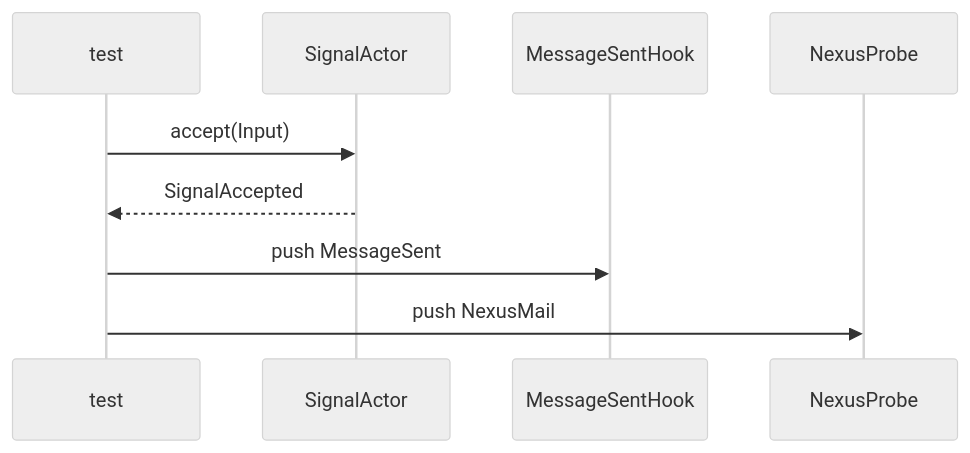
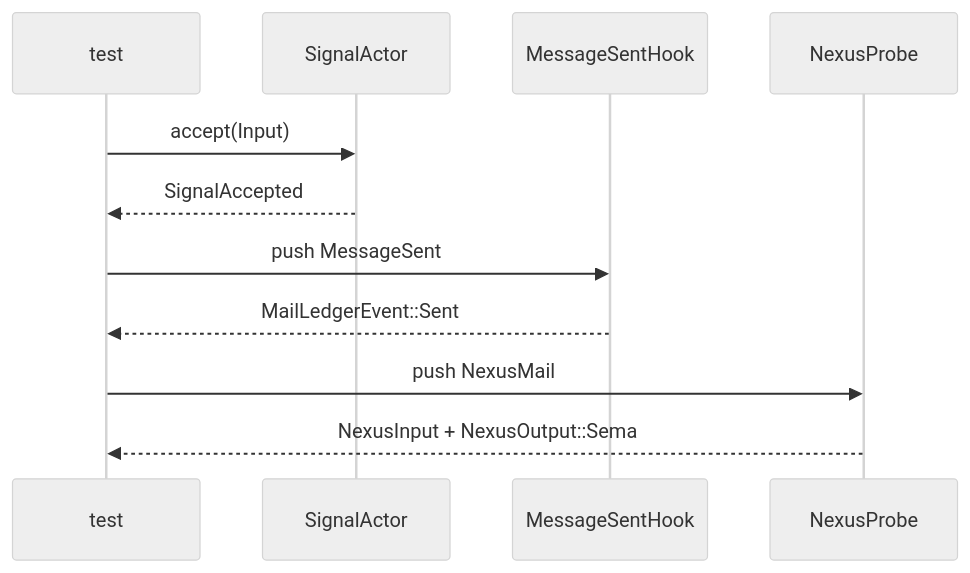
One commit to LiGoldragon/primary changed the first of 3 diagrams in reports/operator/220-pattern-a-signal-nexus-test-walkthrough-2026-05-27.md. Above: the diagram before and after it, drawn with Mermaid (neutral theme). The commit also changed other lines of this file and 2 other files, not shown here.

Commit message:
intent: require schema object test witnesses

````diff
--- a/reports/operator/220-pattern-a-signal-nexus-test-walkthrough-2026-05-27.md
+++ b/reports/operator/220-pattern-a-signal-nexus-test-walkthrough-2026-05-27.md
@@ -26,12 +29,14 @@
 ```mermaid
 sequenceDiagram
     participant T as test
     participant S as SignalActor
     participant H as MessageSentHook
     participant N as NexusProbe
 
     T->>S: accept(Input)
     S-->>T: SignalAccepted
     T->>H: push MessageSent
+    H-->>T: MailLedgerEvent::Sent
     T->>N: push NexusMail
+    N-->>T: NexusInput + NexusOutput::Sema
 ```
````
